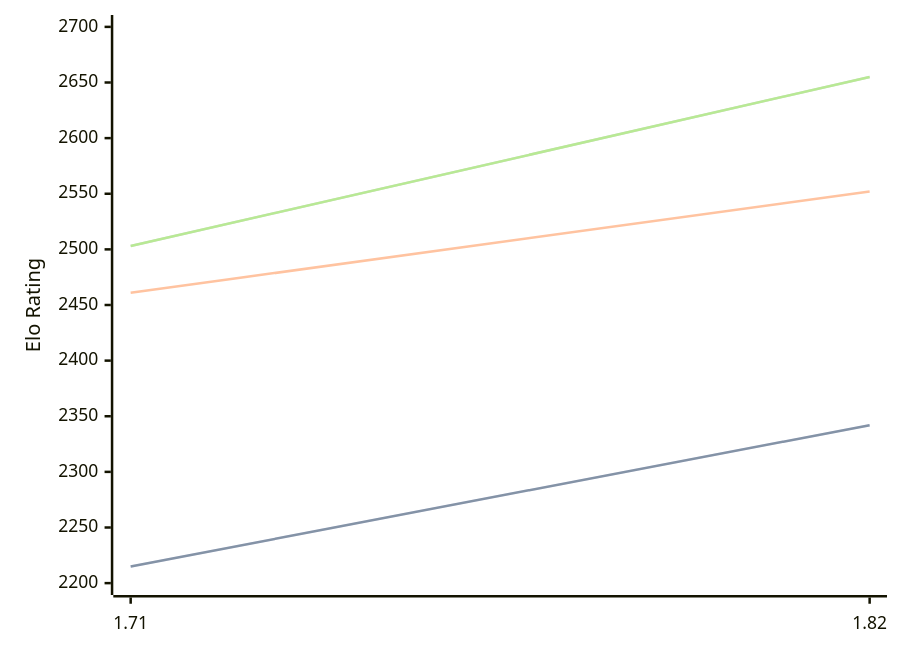
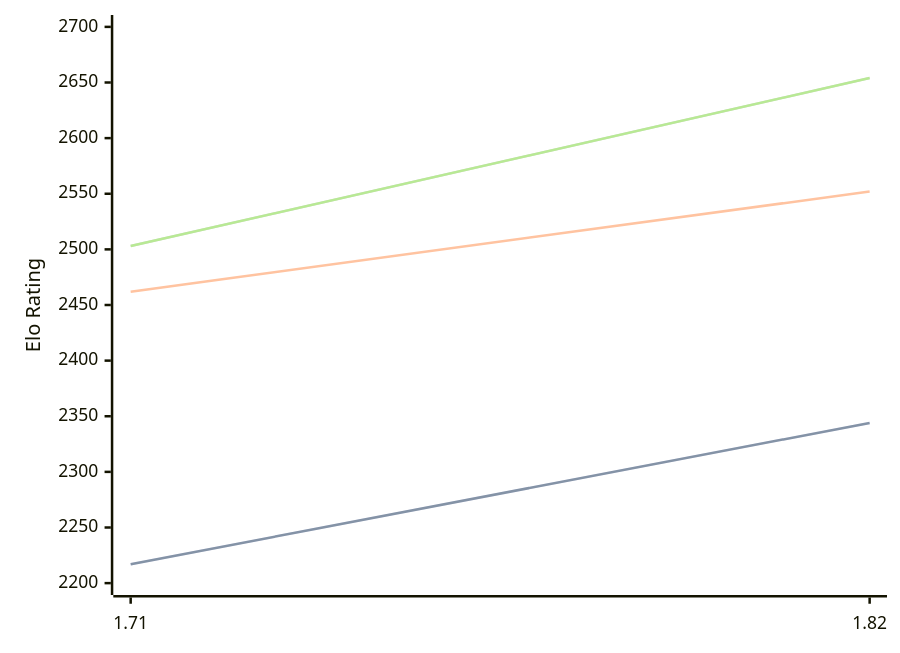
Before and after one commit to computer-chess-index/cci: the diagram in engines/Amira.md, drawn with Mermaid. The commit also changed other lines of this file, not shown here.

Commit message:
Update CCI Ratings (ELO VLTC) - 2026-04-09

````diff
--- a/engines/Amira.md
+++ b/engines/Amira.md
@@ -35,11 +35,11 @@
 ```mermaid
 %%{init: {"theme":"base","themeVariables":{"seriesColors:['#a3a3a3','#222221','#faa371']}}}%%
 xychart-beta
   x-axis ["1.71", "1.82"]
   y-axis "Elo Rating" 2200 --> 2700
-  line "STC (8.0+0.08s)" [2215, 2342]
-  line "STC (8.0+0.08s)" [2215, 2342]
-  line "LTC (60.0+0.60s)" [2461, 2552]
-  line "VLTC (2m24s+1.12s)" [2503, 2655]
-  line "VLTC (2m24s+1.12s)" [2503, 2655]
+  line "STC (8.0+0.08s)" [2217, 2344]
+  line "STC (8.0+0.08s)" [2217, 2344]
+  line "LTC (60.0+0.60s)" [2462, 2552]
+  line "VLTC (2m24s+1.12s)" [2503, 2654]
+  line "VLTC (2m24s+1.12s)" [2503, 2654]
 ```
````
